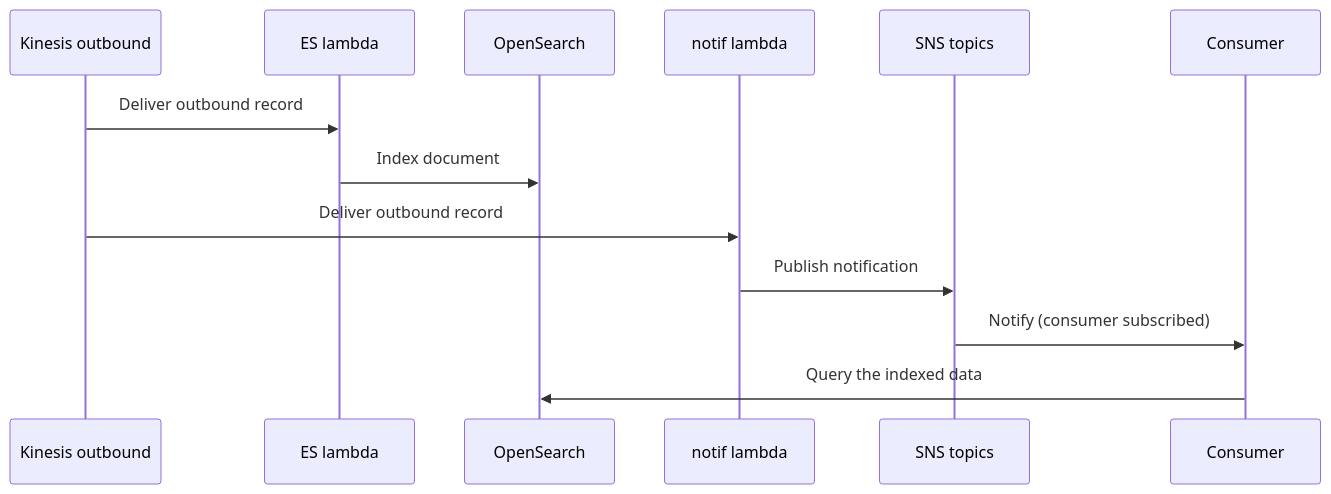
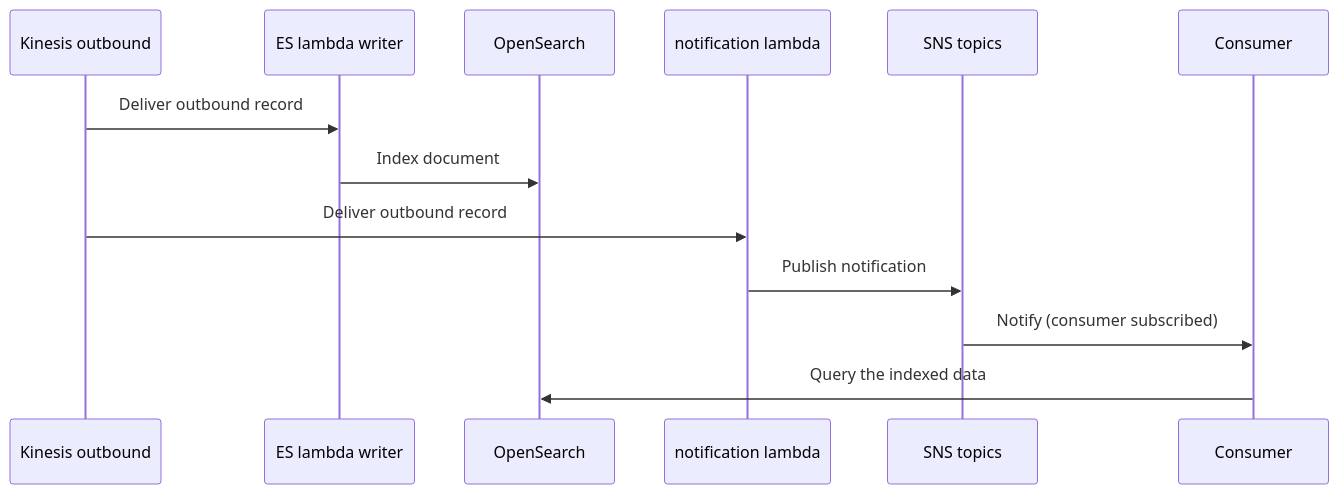
One commit to pprakashbh/puneet_wellington_account_screening changed the fifth of 7 diagrams in Technical Skills/CoreDataPlatform.md. Above: the diagram before and after it, drawn with Mermaid. The commit also changed other lines of this file, not shown here.

Commit message:
Added Architecture Diagram

````diff
--- a/Technical Skills/CoreDataPlatform.md
+++ b/Technical Skills/CoreDataPlatform.md
@@ -162,15 +162,15 @@
 ```mermaid
 sequenceDiagram
     participant Out as Kinesis outbound
-    participant ESL as ES lambda
+    participant ESL as ES lambda writer
     participant OS as OpenSearch
-    participant NL as notif lambda
+    participant NL as notification lambda
     participant SNS as SNS topics
     participant Con as Consumer
     Out->>ESL: Deliver outbound record
     ESL->>OS: Index document
     Out->>NL: Deliver outbound record
     NL->>SNS: Publish notification
     SNS->>Con: Notify (consumer subscribed)
     Con->>OS: Query the indexed data
 ```
````
